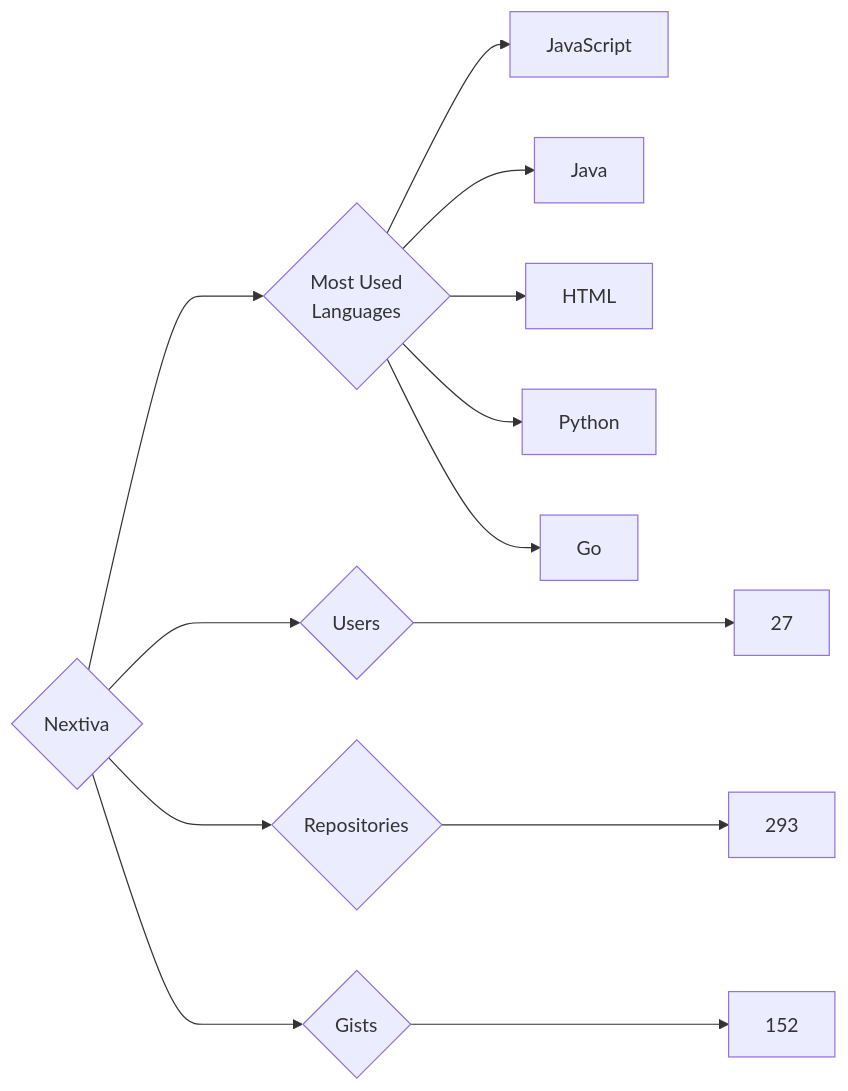
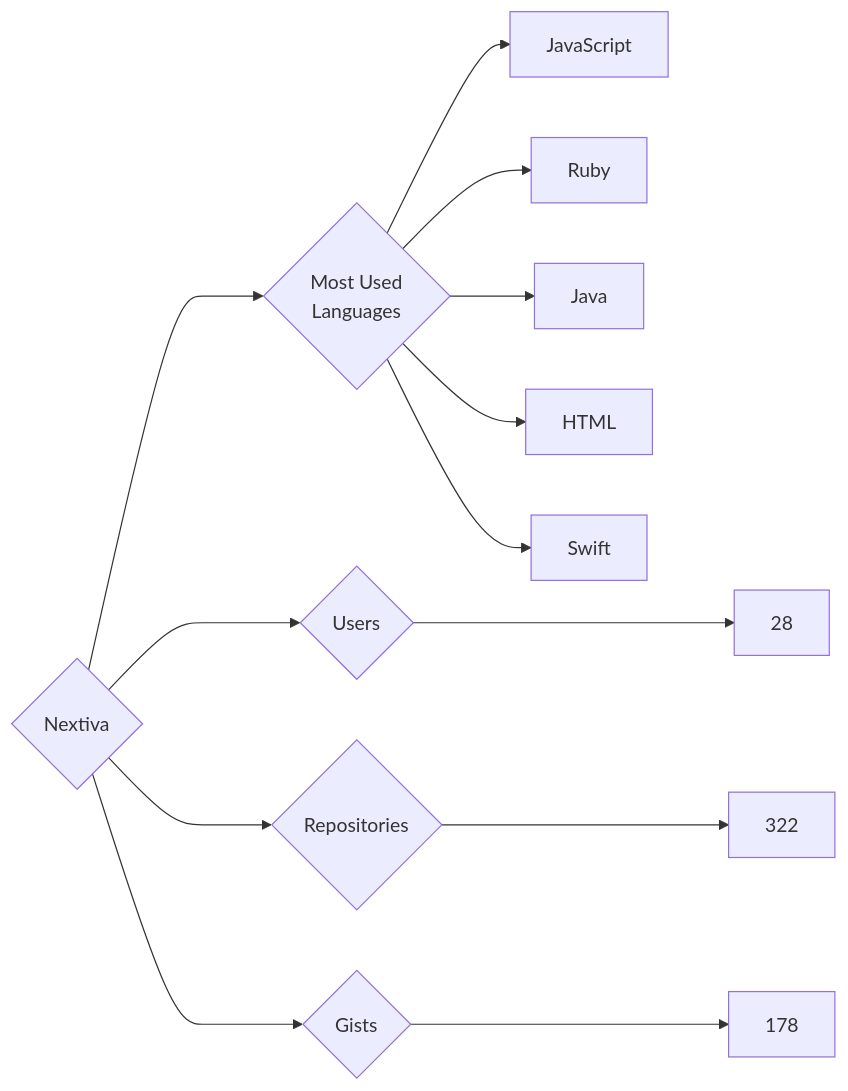
One commit to trickest/insiders changed the diagram in targets/Nextiva/README.md. Above: the diagram before and after it, drawn with Mermaid. The commit also changed 1011 other files, not shown here.

````diff
--- a/targets/Nextiva/README.md
+++ b/targets/Nextiva/README.md
@@ -3,13 +3,13 @@
 ```mermaid
 graph LR
 COMPANY_NAME{Nextiva}
-COMPANY_NAME ---> U{Users} ---> UN[27]
-COMPANY_NAME ---> R{Repositories} ---> RN[293]
-COMPANY_NAME ---> G{Gists} ---> GN[152]
+COMPANY_NAME ---> U{Users} ---> UN[28]
+COMPANY_NAME ---> R{Repositories} ---> RN[322]
+COMPANY_NAME ---> G{Gists} ---> GN[178]
 COMPANY_NAME ---> ML{Most Used<br>Languages}
 ML --> JavaScript[JavaScript]
+ML --> Ruby[Ruby]
 ML --> Java[Java]
 ML --> HTML[HTML]
-ML --> Python[Python]
-ML --> Go[Go]
+ML --> Swift[Swift]
 ```
````
